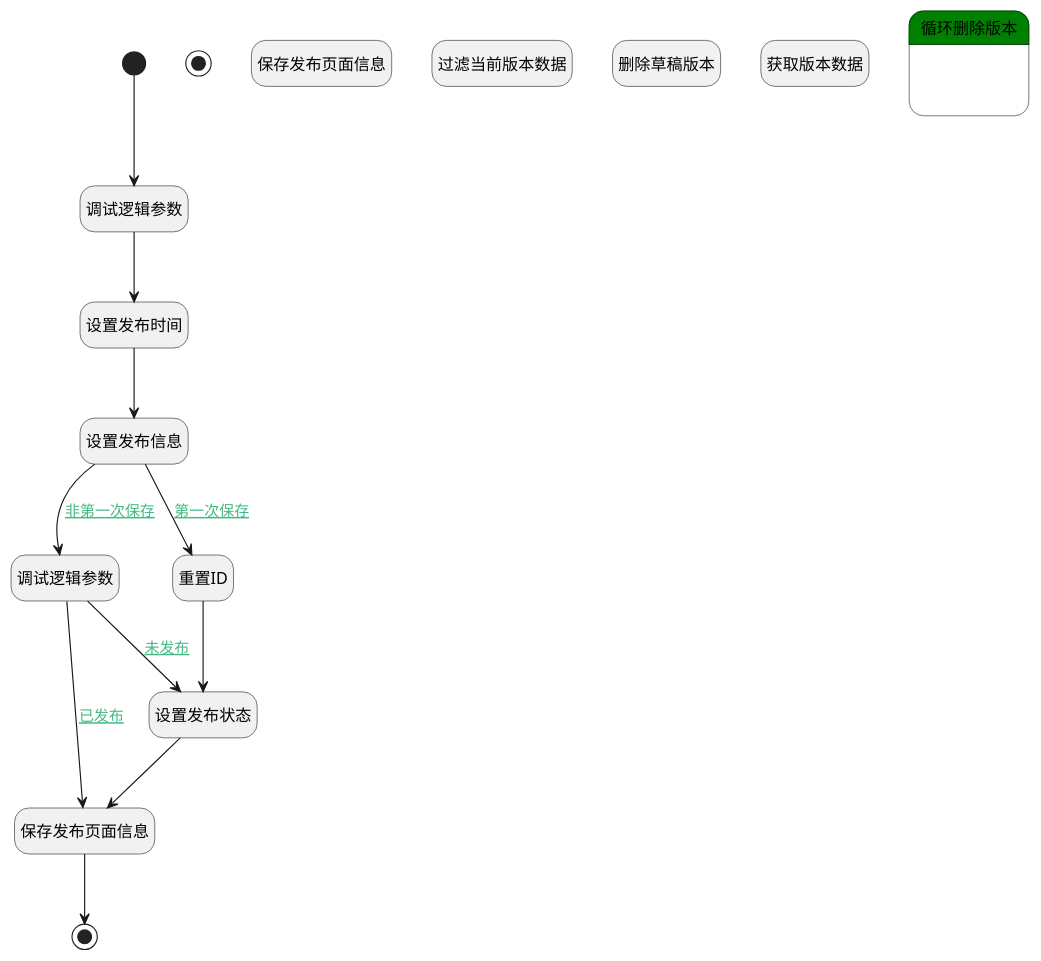
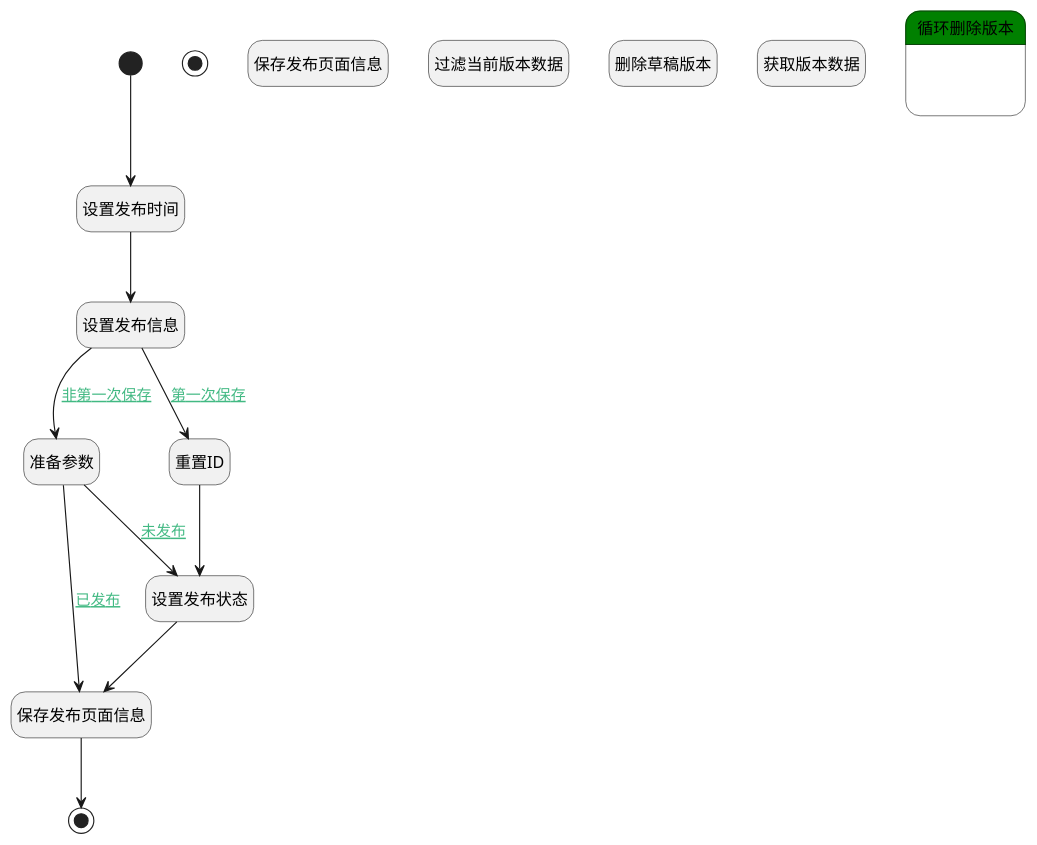
The diagram in doc/docsify/module/Wiki/article_page/logic/publish_page.md (iBizLab/plm), drawn with PlantUML before and after one commit. The commit also changed other lines of this file and 2344 other files, not shown here.

````diff
--- a/doc/docsify/module/Wiki/article_page/logic/publish_page.md
+++ b/doc/docsify/module/Wiki/article_page/logic/publish_page.md
@@ -7,43 +7,41 @@
 ```plantuml
 @startuml
 hide empty description
 <style>
 root {
   HyperlinkColor #42b983
 }
 </style>
 
 hide empty description
 state "开始" as Begin <<start>> [[$./publish_page#begin {"开始"}]]
 state "结束" as END1 <<end>> [[$./publish_page#end1 {"结束"}]]
-state "调试逻辑参数" as DEBUGPARAM1  [[$./publish_page#debugparam1 {"调试逻辑参数"}]]
 state "设置发布信息" as PREPAREPARAM1  [[$./publish_page#prepareparam1 {"设置发布信息"}]]
-state "调试逻辑参数" as DEBUGPARAM2  [[$./publish_page#debugparam2 {"调试逻辑参数"}]]
+state "准备参数" as PREPAREPARAM5  [[$./publish_page#prepareparam5 {"准备参数"}]]
 state "保存发布页面信息" as DEACTION1  [[$./publish_page#deaction1 {"保存发布页面信息"}]]
 state "设置发布时间" as RAWSFCODE1  [[$./publish_page#rawsfcode1 {"设置发布时间"}]]
 state "重置ID" as PREPAREPARAM4  [[$./publish_page#prepareparam4 {"重置ID"}]]
 state "设置发布状态" as PREPAREPARAM2  [[$./publish_page#prepareparam2 {"设置发布状态"}]]
 state "保存发布页面信息" as DEACTION2  [[$./publish_page#deaction2 {"保存发布页面信息"}]]
 state "结束" as END2 <<end>> [[$./publish_page#end2 {"结束"}]]
 state "过滤当前版本数据" as PREPAREPARAM3  [[$./publish_page#prepareparam3 {"过滤当前版本数据"}]]
 state "删除草稿版本" as RAWSQLCALL1  [[$./publish_page#rawsqlcall1 {"删除草稿版本"}]]
 state "获取版本数据" as DEDATASET1  [[$./publish_page#dedataset1 {"获取版本数据"}]]
 state "循环删除版本" as LOOPSUBCALL1  [[$./publish_page#loopsubcall1 {"循环删除版本"}]] #green {
 state "删除版本" as DEACTION3  [[$./publish_page#deaction3 {"删除版本"}]]
 }
 
 
-Begin --> DEBUGPARAM1
-DEBUGPARAM1 --> RAWSFCODE1
+Begin --> RAWSFCODE1
 RAWSFCODE1 --> PREPAREPARAM1
 PREPAREPARAM1 --> PREPAREPARAM4 : [[$./publish_page#prepareparam1-prepareparam4{第一次保存} 第一次保存]]
 PREPAREPARAM4 --> PREPAREPARAM2
 PREPAREPARAM2 --> DEACTION2
 DEACTION2 --> END2
-PREPAREPARAM1 --> DEBUGPARAM2 : [[$./publish_page#prepareparam1-debugparam2{非第一次保存} 非第一次保存]]
-DEBUGPARAM2 --> DEACTION2 : [[$./publish_page#debugparam2-deaction2{已发布} 已发布]]
-DEBUGPARAM2 --> PREPAREPARAM2 : [[$./publish_page#debugparam2-prepareparam2{未发布} 未发布]]
+PREPAREPARAM1 --> PREPAREPARAM5 : [[$./publish_page#prepareparam1-prepareparam5{非第一次保存} 非第一次保存]]
+PREPAREPARAM5 --> DEACTION2 : [[$./publish_page#prepareparam5-deaction2{已发布} 已发布]]
+PREPAREPARAM5 --> PREPAREPARAM2 : [[$./publish_page#prepareparam5-prepareparam2{未发布} 未发布]]
 
 
 @enduml
 ```
````
